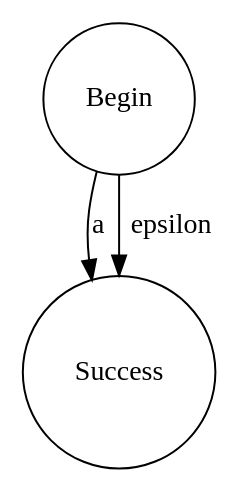
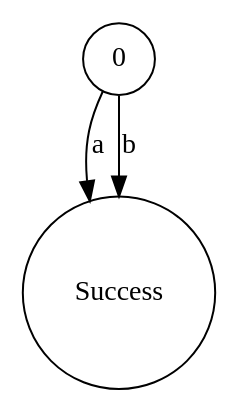
One commit to ayanamists/MyRegEngine changed the diagram in MyRegEngine/bin/Debug/netcoreapp3.1/TestCase5.dot. Above: the diagram before and after it, drawn with Graphviz. The commit also changed 55 other files, not shown here.

```diff
--- a/MyRegEngine/bin/Debug/netcoreapp3.1/TestCase5.dot
+++ b/MyRegEngine/bin/Debug/netcoreapp3.1/TestCase5.dot
@@ -1,1 +1,1 @@
-digraph TestCase5 { 0 [shape=circle,label="Begin"]; 1 [shape=circle,label="Success"]; 0 -> 1[label="a"]; 0 -> 1[label="epsilon"]; }
+digraph TestCase5 { 0 [shape=circle,label="0"]; 1 [shape=circle,label="Success"]; 0 -> 1[label="a"]; 0 -> 1[label="b"]; }
```
